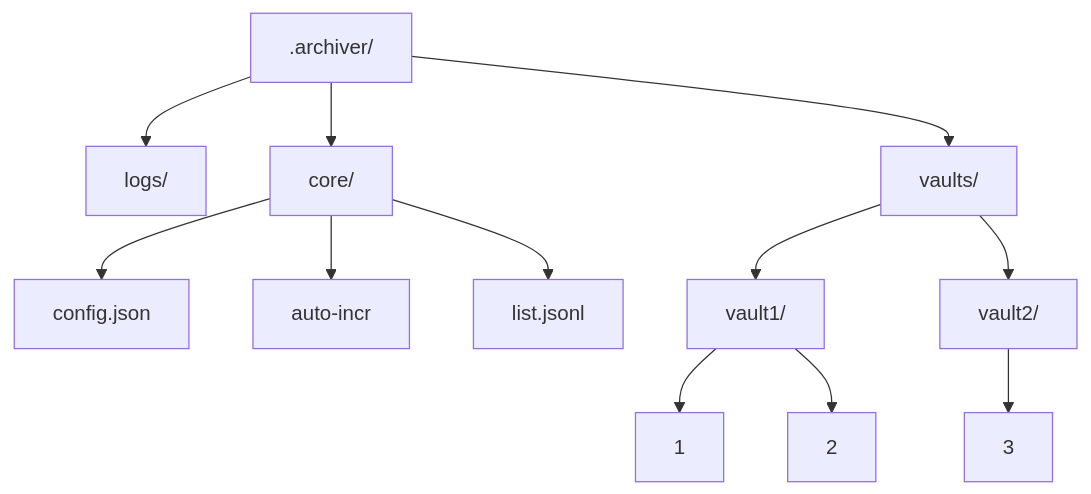
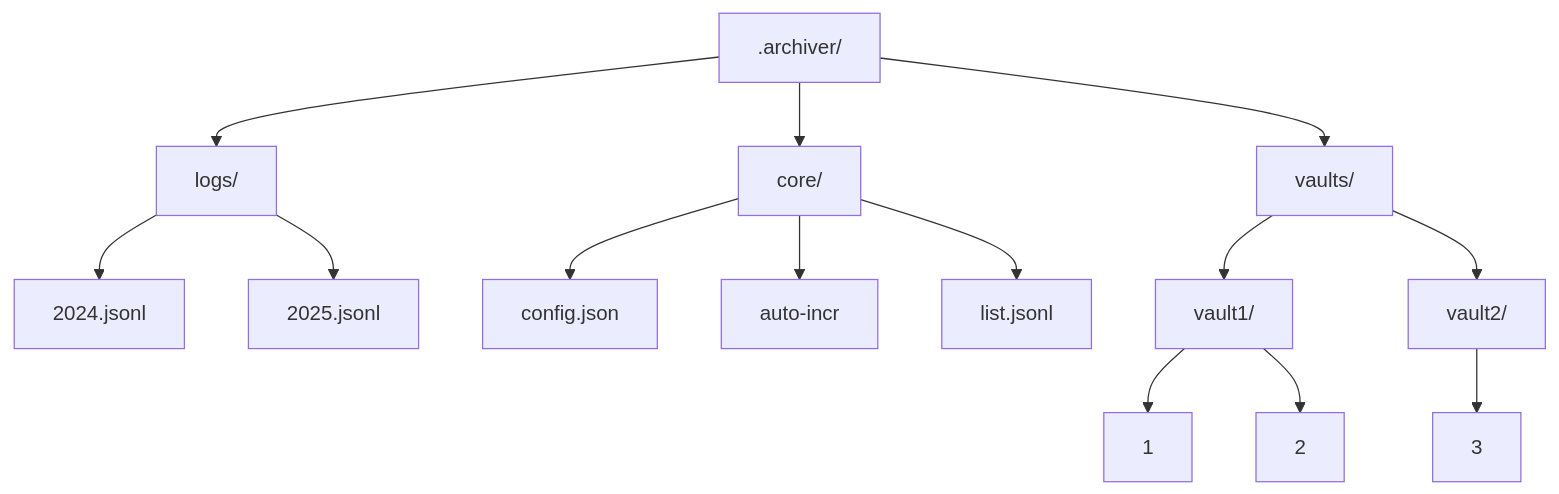
The diagram in README.md (baendlorel/archiver), drawn with Mermaid before and after one commit.

Commit message:
chore: 美化mermaid图表；

````diff
--- a/README.md
+++ b/README.md
@@ -23,14 +23,16 @@
 ```mermaid
 graph TD
     A[.archiver/] --> B[logs/]
     A  --> C[core/]
     A  --> D[vaults/]
+    B  --> B1[2024.jsonl]
+    B  --> B2[2025.jsonl]
     C  --> C1[config.json]
     C  --> C2[auto-incr]
     C  --> C3[list.jsonl]
-    D  --> DD1[vault1/]
-    D  --> DD2[vault2/]
-    DD1 --> D1[1]
-    DD1 --> D2[2]
-    DD2 --> D3[3]
+    D  --> D1[vault1/]
+    D  --> D2[vault2/]
+    D1 --> DD1[1]
+    D1 --> DD2[2]
+    D2 --> DD3[3]
 ```
````
